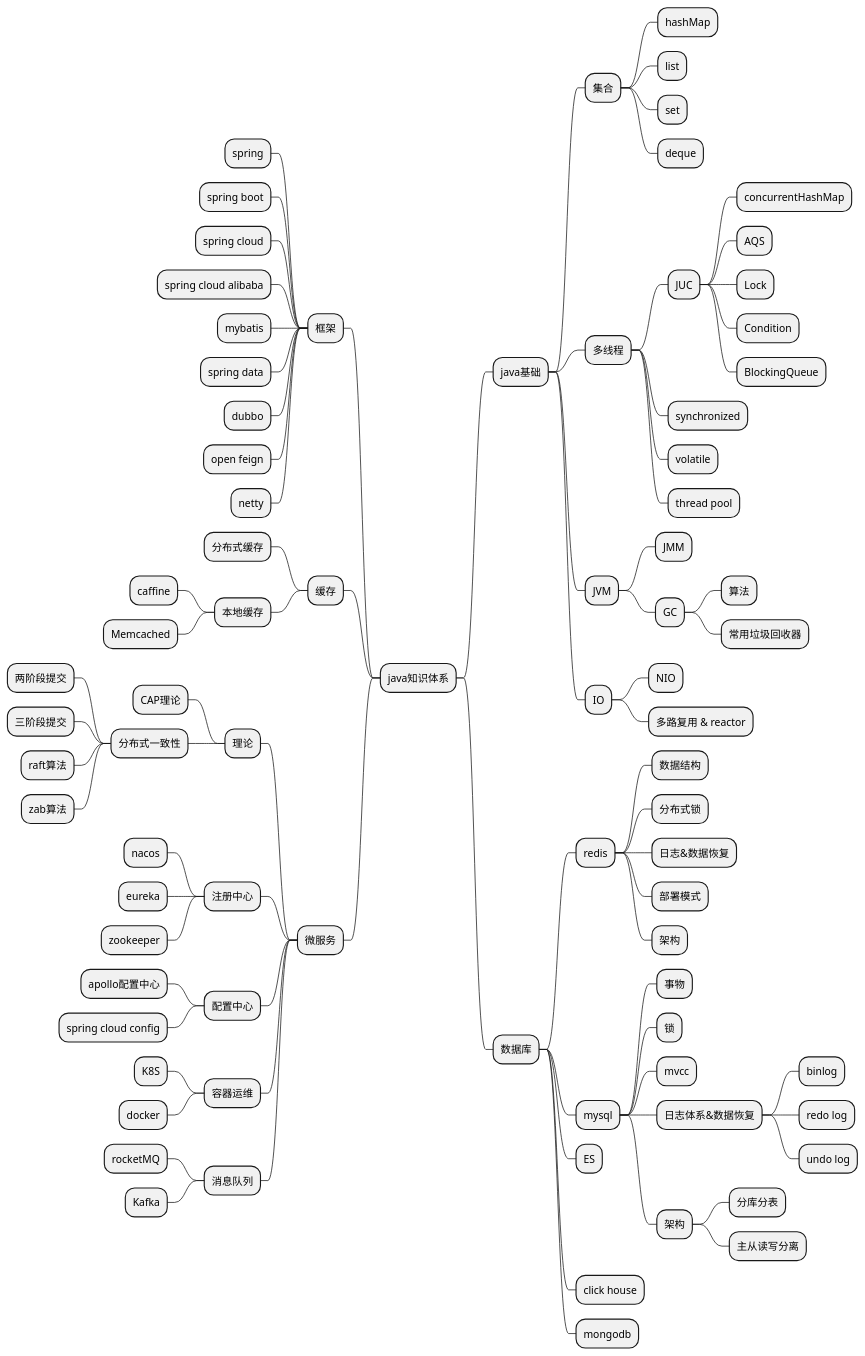
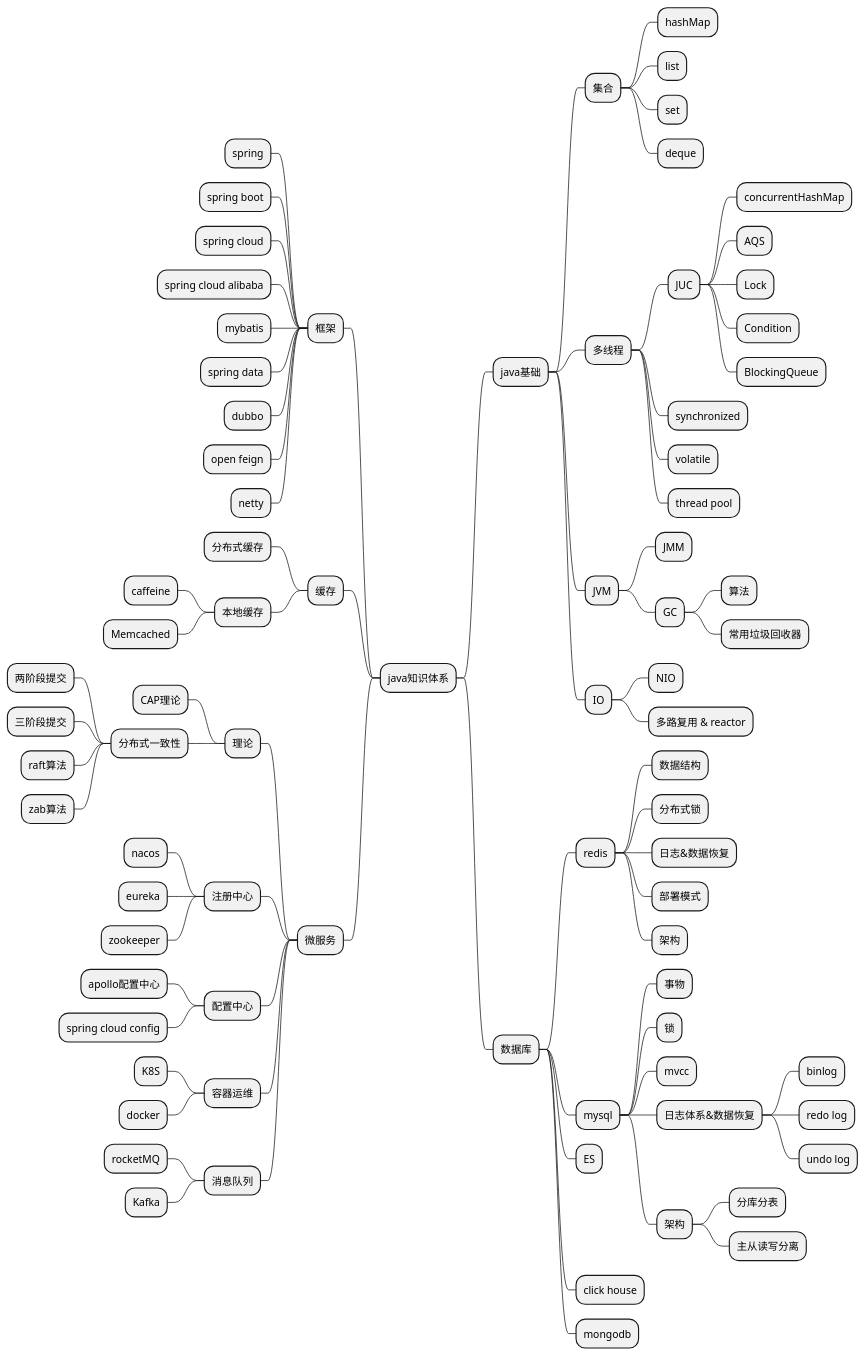
Before and after one commit to dugq/LearningEndless: the diagram in Learning/src/main/java/com/dugq/技术体系.puml, drawn with PlantUML. The commit also changed 7 other files, not shown here.

```diff
--- a/Learning/src/main/java/com/dugq/技术体系.puml
+++ b/Learning/src/main/java/com/dugq/技术体系.puml
@@ -1,98 +1,98 @@
 @startmindmap
 'https://plantuml.com/mindmap-diagram
 
 * java知识体系
 ** java基础
 *** 集合
 **** hashMap
 **** list
 **** set
 **** deque
 *** 多线程
 **** JUC
 ***** concurrentHashMap
 ***** AQS
 ***** Lock
 ***** Condition
 ***** BlockingQueue
 **** synchronized
 **** volatile
 **** thread pool
 *** JVM
 **** JMM
 **** GC
 ***** 算法
 ***** 常用垃圾回收器
 *** IO
 **** NIO
 **** 多路复用 & reactor
 
 ** 数据库
 *** redis
 **** 数据结构
 **** 分布式锁
 **** 日志&数据恢复
 **** 部署模式
 **** 架构
 
 *** mysql
 **** 事物
 **** 锁
 **** mvcc
 **** 日志体系&数据恢复
 ***** binlog
 ***** redo log
 ***** undo log
 **** 架构
 ***** 分库分表
 ***** 主从读写分离
 *** ES
 *** click house
 *** mongodb
 
 left side
 ** 框架
 *** spring
 *** spring boot
 *** spring cloud
 *** spring cloud alibaba
 *** mybatis
 *** spring data
 *** dubbo
 *** open feign
 *** netty
 
 ** 缓存
 *** 分布式缓存
 *** 本地缓存
-**** caffine
+**** caffeine
 **** Memcached
 
 
 
 
 ** 微服务
 *** 理论
 **** CAP理论
 **** 分布式一致性
 ***** 两阶段提交
 ***** 三阶段提交
 ***** raft算法
 ***** zab算法
 *** 注册中心
 **** nacos
 **** eureka
 **** zookeeper
 *** 配置中心
 **** apollo配置中心
 **** spring cloud config
 *** 容器运维
 **** K8S
 **** docker
 *** 消息队列
 **** rocketMQ
 **** Kafka
 
 
 
 @endmindmap
```
